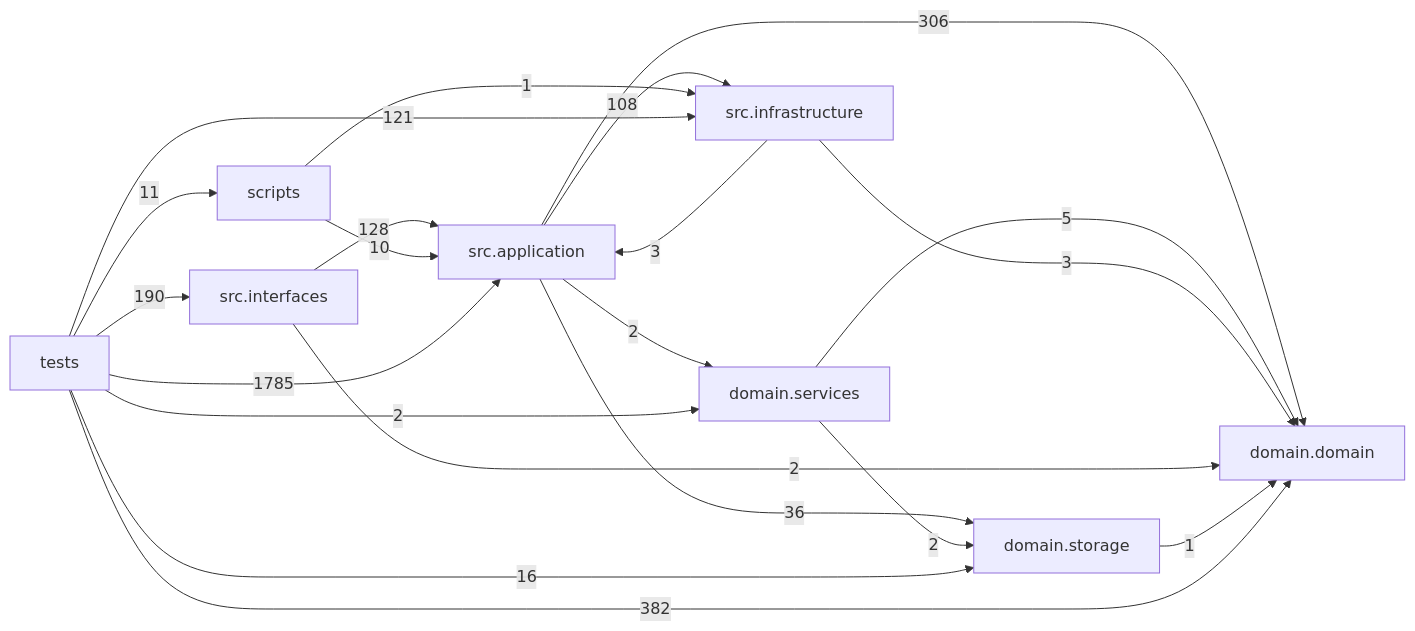
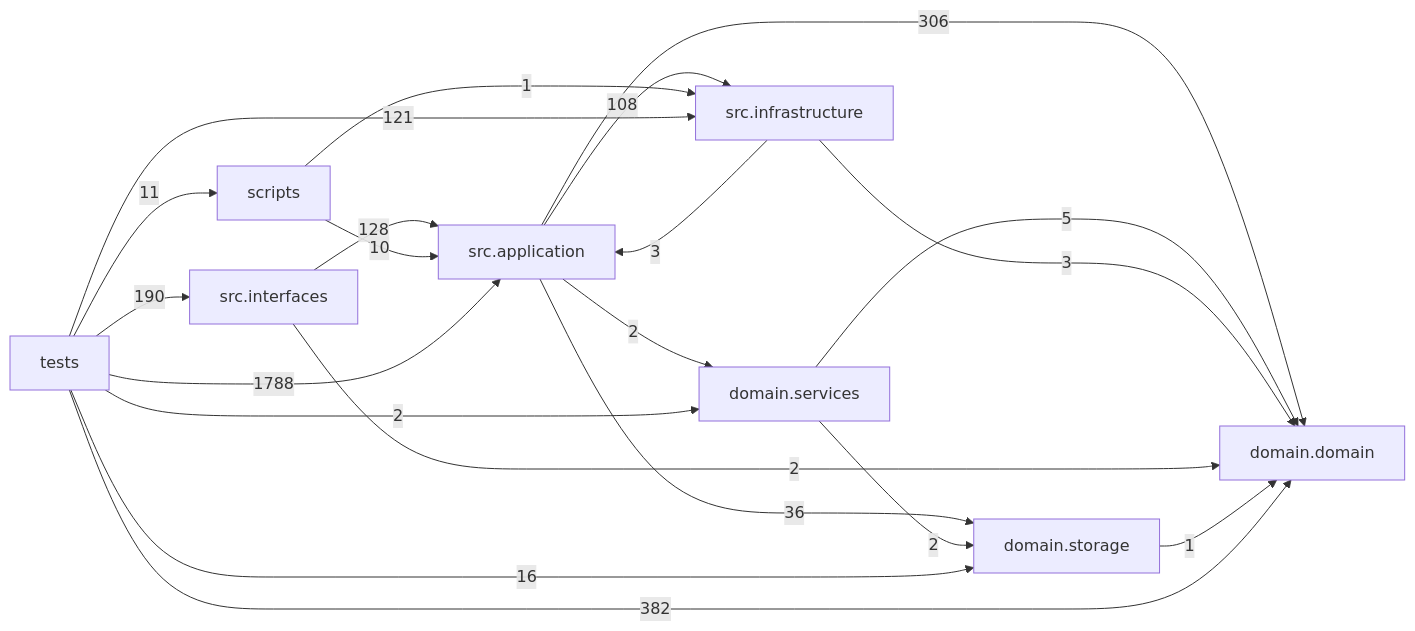
The diagram in docs/DEPENDENCY_GRAPH.md (liuxie066/options-monitor), drawn with Mermaid before and after one commit. The commit also changed other lines of this file and 10 other files, not shown here.

````diff
--- a/docs/DEPENDENCY_GRAPH.md
+++ b/docs/DEPENDENCY_GRAPH.md
@@ -24,31 +24,31 @@
 ```mermaid
 flowchart LR
   tests["tests"]
   scripts["scripts"]
   interfaces["src.interfaces"]
   application["src.application"]
   infrastructure["src.infrastructure"]
   domain_services["domain.services"]
   domain["domain.domain"]
   storage["domain.storage"]
   application -->|306| domain
   application -->|2| domain_services
   application -->|108| infrastructure
   application -->|36| storage
   domain_services -->|5| domain
   domain_services -->|2| storage
   infrastructure -->|3| application
   infrastructure -->|3| domain
   interfaces -->|128| application
   interfaces -->|2| domain
   scripts -->|10| application
   scripts -->|1| infrastructure
   storage -->|1| domain
-  tests -->|1785| application
+  tests -->|1788| application
   tests -->|382| domain
   tests -->|2| domain_services
   tests -->|121| infrastructure
   tests -->|190| interfaces
   tests -->|11| scripts
   tests -->|16| storage
 ```
````
